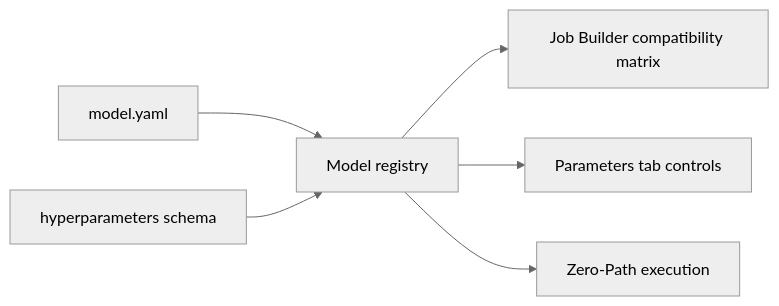
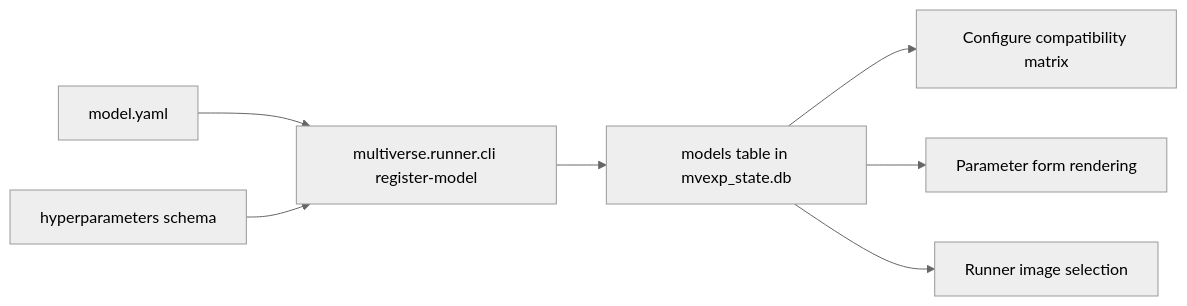
One commit to sifrimlab/multiverse changed the diagram in docs/MODEL_REGISTRATION.md. Above: the diagram before and after it, drawn with Mermaid (neutral theme). The commit also changed other lines of this file and 17 other files, not shown here.

````diff
--- a/docs/MODEL_REGISTRATION.md
+++ b/docs/MODEL_REGISTRATION.md
@@ -11,8 +9,9 @@
 ```mermaid
 flowchart LR
-    A[model.yaml] --> B[Model registry]
+    A[model.yaml] --> B[multiverse.runner.cli register-model]
     C[hyperparameters schema] --> B
-    B --> D[Job Builder compatibility matrix]
-    B --> E[Parameters tab controls]
-    B --> F[Zero-Path execution]
+    B --> D[models table in mvexp_state.db]
+    D --> E[Configure compatibility matrix]
+    D --> F[Parameter form rendering]
+    D --> G[Runner image selection]
 ```
````
